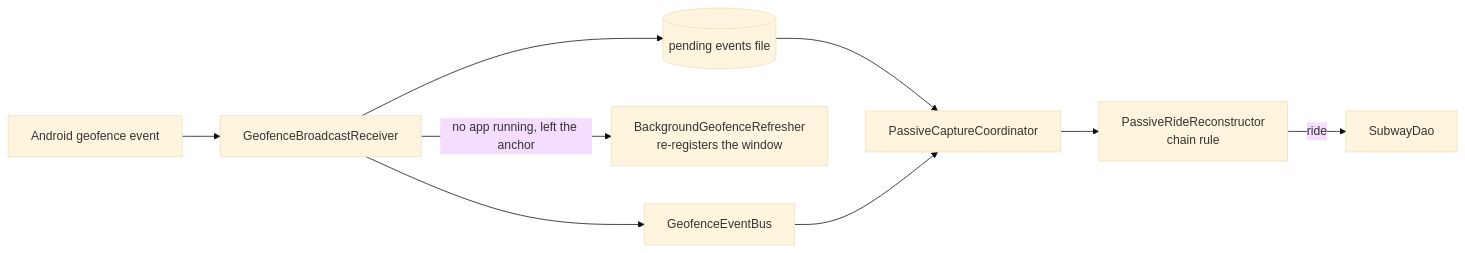
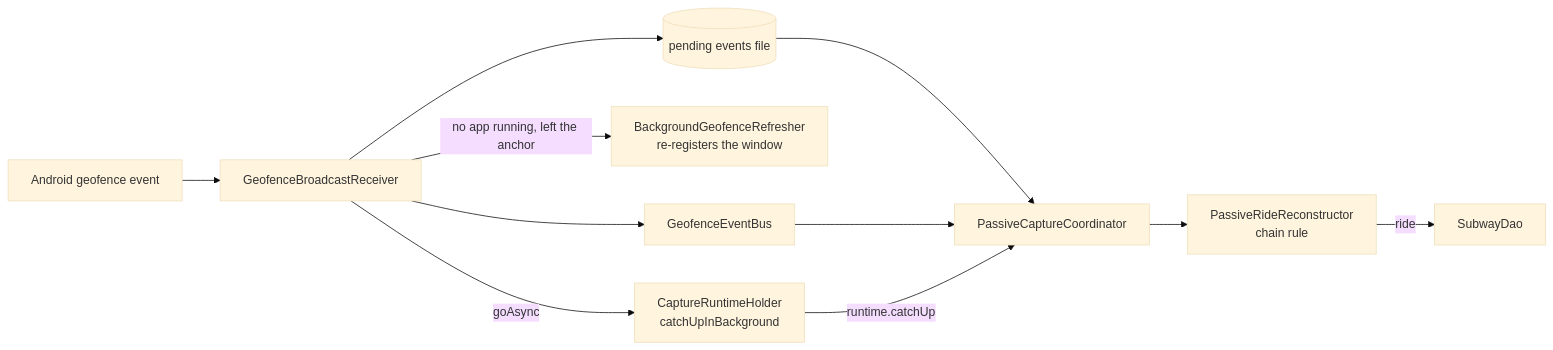
Before and after one commit to jgindin/straphanger: the diagram in docs/CODE-TOUR.md, drawn with Mermaid (base theme). The commit also changed other lines of this file and 5 other files, not shown here.

````diff
--- a/docs/CODE-TOUR.md
+++ b/docs/CODE-TOUR.md
@@ -106,11 +106,13 @@
 ```mermaid
 flowchart LR
   A[Android geofence event] --> B[GeofenceBroadcastReceiver]
   B --> C[(pending events file)]
   B -->|no app running, left the anchor| D[BackgroundGeofenceRefresher<br/>re-registers the window]
   B --> E[GeofenceEventBus]
   C --> F[PassiveCaptureCoordinator]
   E --> F
   F --> G[PassiveRideReconstructor<br/>chain rule]
   G -->|ride| H[SubwayDao]
+  B -->|goAsync| I[CaptureRuntimeHolder<br/>catchUpInBackground]
+  I -->|runtime.catchUp| F
 ```
````
